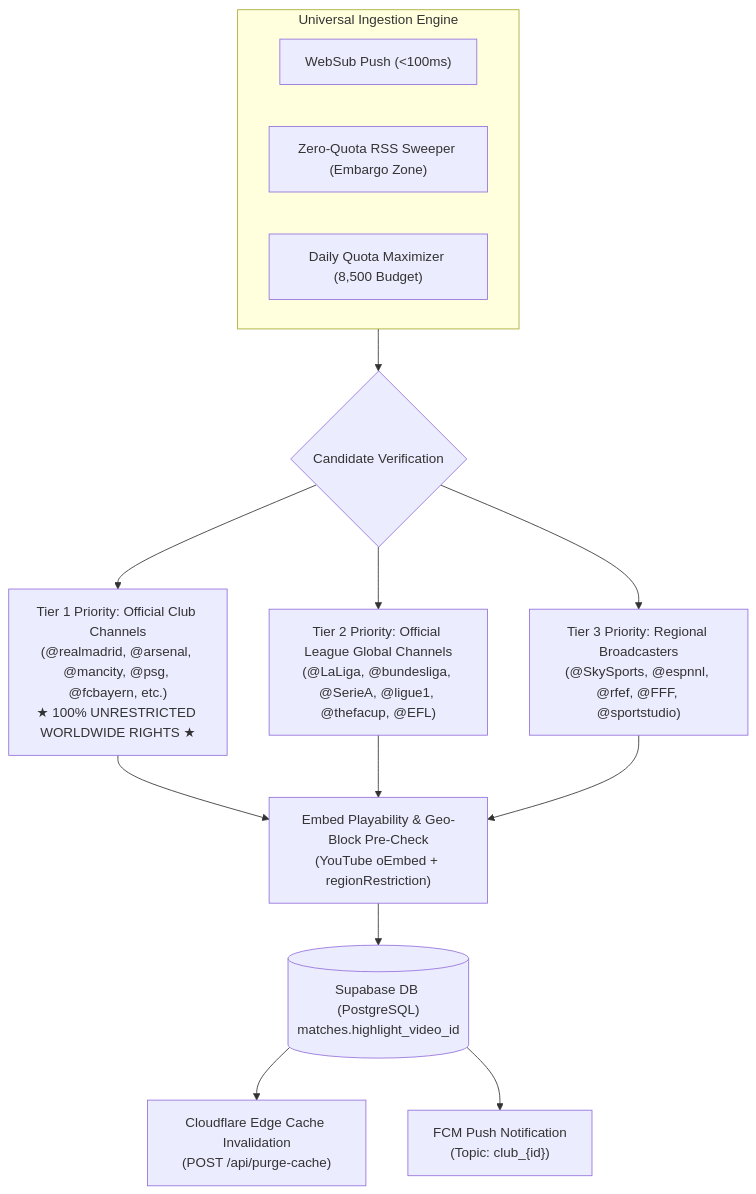
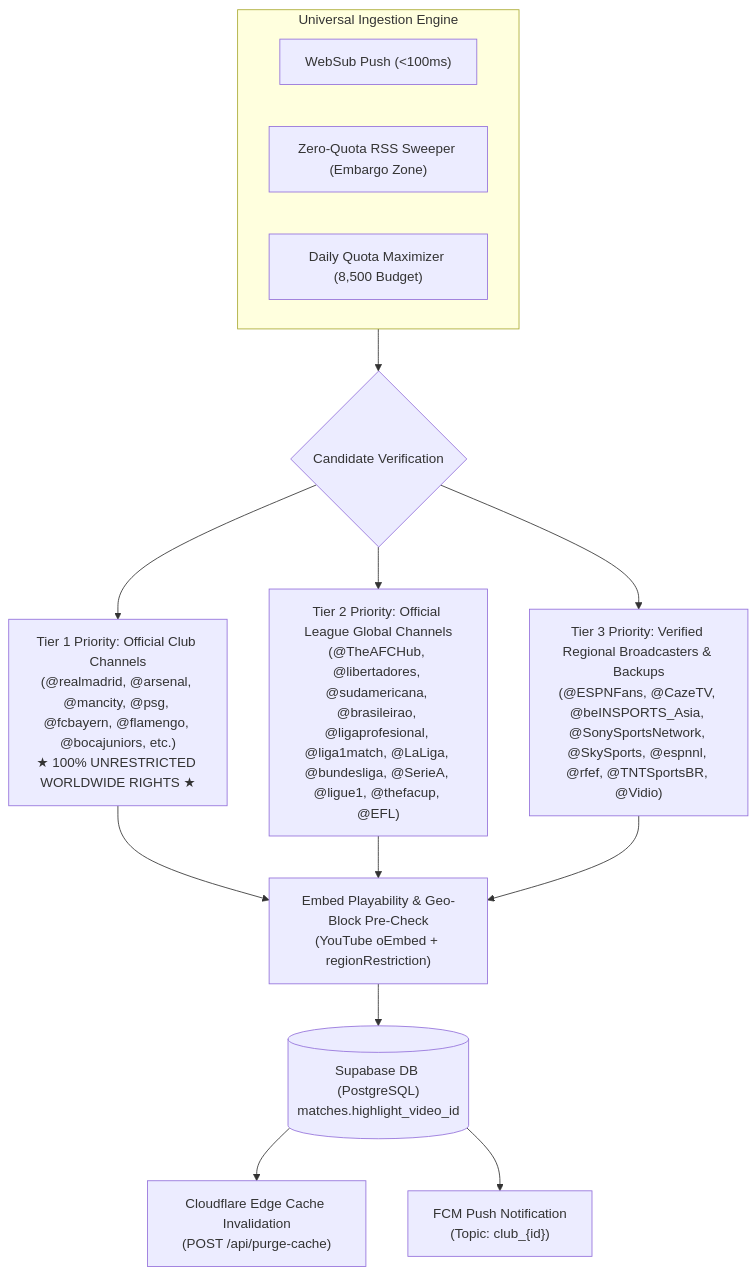
One commit to dirzaaulia/football-clips-compose changed the first of 2 diagrams in worker/PIPELINE.md. Above: the diagram before and after it, drawn with Mermaid. The commit also changed 278 other files, not shown here.

````diff
--- a/worker/PIPELINE.md
+++ b/worker/PIPELINE.md
@@ -12,22 +12,22 @@
 ```mermaid
 flowchart TD
     subgraph Discovery["Universal Ingestion Engine"]
         W["WebSub Push (<100ms)"] 
         R["Zero-Quota RSS Sweeper (Embargo Zone)"]
         S["Daily Quota Maximizer (8,500 Budget)"]
     end
 
     Discovery --> Match{"Candidate Verification"}
     
-    Match --> T1["Tier 1 Priority: Official Club Channels<br>(@realmadrid, @arsenal, @mancity, @psg, @fcbayern, etc.)<br>★ 100% UNRESTRICTED WORLDWIDE RIGHTS ★"]
-    Match --> T2["Tier 2 Priority: Official League Global Channels<br>(@LaLiga, @bundesliga, @SerieA, @ligue1, @thefacup, @EFL)"]
-    Match --> T3["Tier 3 Priority: Regional Broadcasters<br>(@SkySports, @espnnl, @rfef, @FFF, @sportstudio)"]
+    Match --> T1["Tier 1 Priority: Official Club Channels<br>(@realmadrid, @arsenal, @mancity, @psg, @fcbayern, @flamengo, @bocajuniors, etc.)<br>★ 100% UNRESTRICTED WORLDWIDE RIGHTS ★"]
+    Match --> T2["Tier 2 Priority: Official League Global Channels<br>(@TheAFCHub, @libertadores, @sudamericana, @brasileirao, @ligaprofesional, @liga1match, @LaLiga, @bundesliga, @SerieA, @ligue1, @thefacup, @EFL)"]
+    Match --> T3["Tier 3 Priority: Verified Regional Broadcasters & Backups<br>(@ESPNFans, @CazeTV, @beINSPORTS_Asia, @SonySportsNetwork, @SkySports, @espnnl, @rfef, @TNTSportsBR, @Vidio)"]
 
     T1 --> Geo["Embed Playability & Geo-Block Pre-Check<br>(YouTube oEmbed + regionRestriction)"]
     T2 --> Geo
     T3 --> Geo
 
     Geo --> DB[("Supabase DB (PostgreSQL)<br>matches.highlight_video_id")]
     DB --> Edge["Cloudflare Edge Cache Invalidation<br>(POST /api/purge-cache)"]
     DB --> Push["FCM Push Notification<br>(Topic: club_{id})"]
 ```
````
